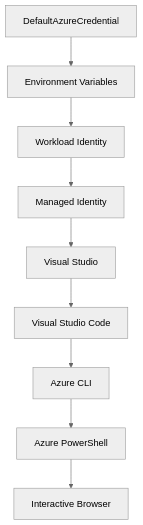
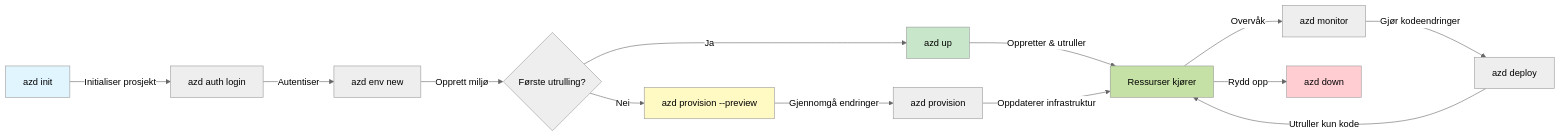
The diagram in translations/no/docs/getting-started/azd-basics.md (microsoft/AZD-for-beginners), drawn with Mermaid (neutral theme) before and after one commit. The commit also changed other lines of this file and 127 other files, not shown here.

````diff
--- a/translations/no/docs/getting-started/azd-basics.md
+++ b/translations/no/docs/getting-started/azd-basics.md
@@ -294,11 +263,21 @@
 ```mermaid
-graph TD
-    A[DefaultAzureCredential] --> B[Environment Variables]
-    B --> C[Workload Identity]
-    C --> D[Managed Identity]
-    D --> E[Visual Studio]
-    E --> F[Visual Studio Code]
-    F --> G[Azure CLI]
-    G --> H[Azure PowerShell]
-    H --> I[Interactive Browser]
+graph LR
+    A[azd init] -->|Initialiser prosjekt| B[azd auth login]
+    B -->|Autentiser| C[azd env new]
+    C -->|Opprett miljø| D{Første utrulling?}
+    D -->|Ja| E[azd up]
+    D -->|Nei| F[azd provision --preview]
+    F -->|Gjennomgå endringer| G[azd provision]
+    E -->|Oppretter & utruller| H[Ressurser kjører]
+    G -->|Oppdaterer infrastruktur| H
+    H -->|Overvåk| I[azd monitor]
+    I -->|Gjør kodeendringer| J[azd deploy]
+    J -->|Utruller kun kode| H
+    H -->|Rydd opp| K[azd down]
+    
+    style A fill:#e1f5fe
+    style E fill:#c8e6c9
+    style F fill:#fff9c4
+    style H fill:#c5e1a5
+    style K fill:#ffcdd2
 ```
````
